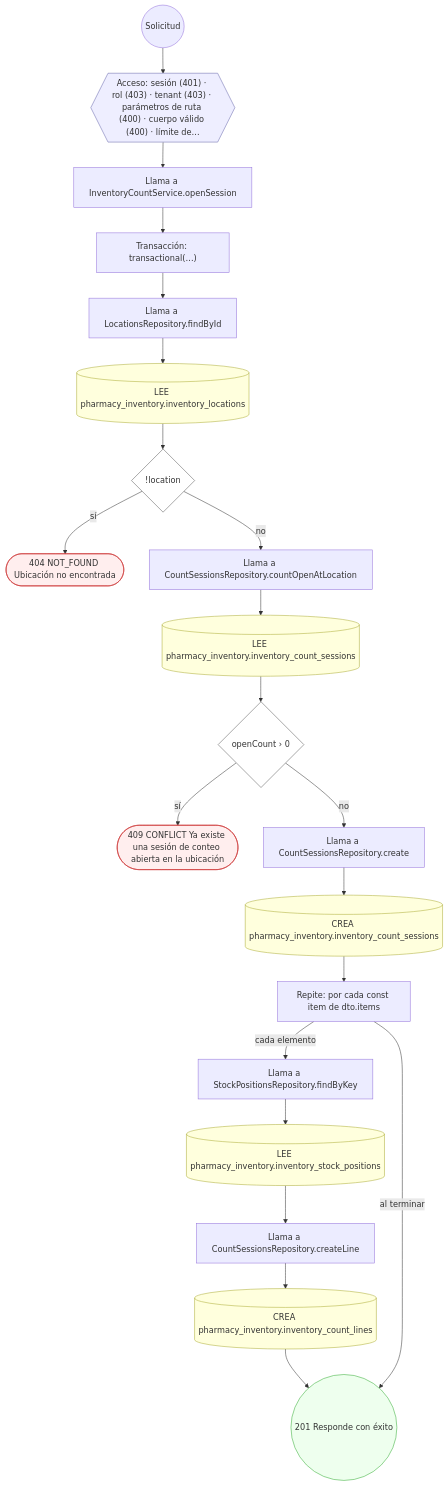
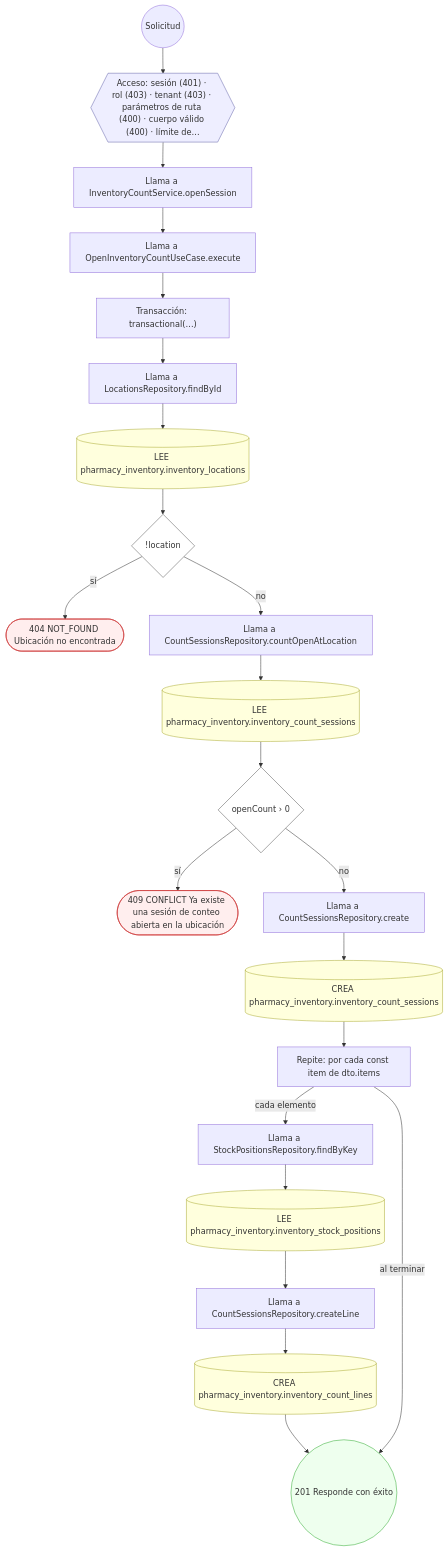
Before and after one commit to mdavila-2001/mantra-core-health-api: diagram 14 of 30 in docs/inventario/flujos/pharmacy_inventory.md, drawn with Mermaid. The commit also changed other lines of this file and 451 other files, not shown here.

First line of the commit message:
chore(data_catalog): contrato OpenAPI, inventario y pruebas al día con el diseño del #660

````diff
--- a/docs/inventario/flujos/pharmacy_inventory.md
+++ b/docs/inventario/flujos/pharmacy_inventory.md
@@ -1330,49 +1320,51 @@
 ```mermaid
 flowchart TD
   n1(("Solicitud")):::inicio
   n2{{"Acceso: sesión (401) · rol (403) · tenant (403) · parámetros de ruta (400) · cuerpo válido (400) · límite de…"}}:::acceso
   n1 --> n2
   n3["Llama a InventoryCountService.openSession"]:::llamada
   n2 --> n3
-  n4["Transacción: transactional(…)"]:::transaccion
+  n4["Llama a OpenInventoryCountUseCase.execute"]:::llamada
   n3 --> n4
-  n5["Llama a LocationsRepository.findById"]:::llamada
+  n5["Transacción: transactional(…)"]:::transaccion
   n4 --> n5
-  n6[("LEE pharmacy_inventory.inventory_locations")]:::efecto
+  n6["Llama a LocationsRepository.findById"]:::llamada
   n5 --> n6
-  n7{"!location"}:::decision
+  n7[("LEE pharmacy_inventory.inventory_locations")]:::efecto
   n6 --> n7
-  n8(["404 NOT_FOUND Ubicación no encontrada"]):::error
-  n7 -->|"sí"| n8
-  n9["Llama a CountSessionsRepository.countOpenAtLocation"]:::llamada
-  n7 -->|"no"| n9
-  n10[("LEE pharmacy_inventory.inventory_count_sessions")]:::efecto
-  n9 --> n10
-  n11{"openCount › 0"}:::decision
+  n8{"!location"}:::decision
+  n7 --> n8
+  n9(["404 NOT_FOUND Ubicación no encontrada"]):::error
+  n8 -->|"sí"| n9
+  n10["Llama a CountSessionsRepository.countOpenAtLocation"]:::llamada
+  n8 -->|"no"| n10
+  n11[("LEE pharmacy_inventory.inventory_count_sessions")]:::efecto
   n10 --> n11
-  n12(["409 CONFLICT Ya existe una sesión de conteo abierta en la ubicación"]):::error
-  n11 -->|"sí"| n12
-  n13["Llama a CountSessionsRepository.create"]:::llamada
-  n11 -->|"no"| n13
-  n14[("CREA pharmacy_inventory.inventory_count_sessions")]:::efecto
-  n13 --> n14
-  n15["Repite: por cada const item de dto.items"]:::bucle
+  n12{"openCount › 0"}:::decision
+  n11 --> n12
+  n13(["409 CONFLICT Ya existe una sesión de conteo abierta en la ubicación"]):::error
+  n12 -->|"sí"| n13
+  n14["Llama a CountSessionsRepository.create"]:::llamada
+  n12 -->|"no"| n14
+  n15[("CREA pharmacy_inventory.inventory_count_sessions")]:::efecto
   n14 --> n15
-  n16["Llama a StockPositionsRepository.findByKey"]:::llamada
-  n15 -->|"cada elemento"| n16
-  n17[("LEE pharmacy_inventory.inventory_stock_positions")]:::efecto
-  n16 --> n17
-  n18["Llama a CountSessionsRepository.createLine"]:::llamada
+  n16["Repite: por cada const item de dto.items"]:::bucle
+  n15 --> n16
+  n17["Llama a StockPositionsRepository.findByKey"]:::llamada
+  n16 -->|"cada elemento"| n17
+  n18[("LEE pharmacy_inventory.inventory_stock_positions")]:::efecto
   n17 --> n18
-  n19[("CREA pharmacy_inventory.inventory_count_lines")]:::efecto
+  n19["Llama a CountSessionsRepository.createLine"]:::llamada
   n18 --> n19
-  n20(("201 Responde con éxito")):::ok
+  n20[("CREA pharmacy_inventory.inventory_count_lines")]:::efecto
   n19 --> n20
-  n15 -->|"al terminar"| n20
+  n21(("201 Responde con éxito")):::ok
+  n20 --> n21
+  n16 -->|"al terminar"| n21
   classDef acceso fill:#eef,stroke:#66a
   classDef error fill:#fee,stroke:#c33
   classDef ok fill:#efe,stroke:#3a3
   classDef efecto fill:#ffd,stroke:#aa3
   classDef decision fill:#fff,stroke:#555
   classDef corte fill:#eee,stroke:#999,stroke-dasharray: 4
 ```
````
